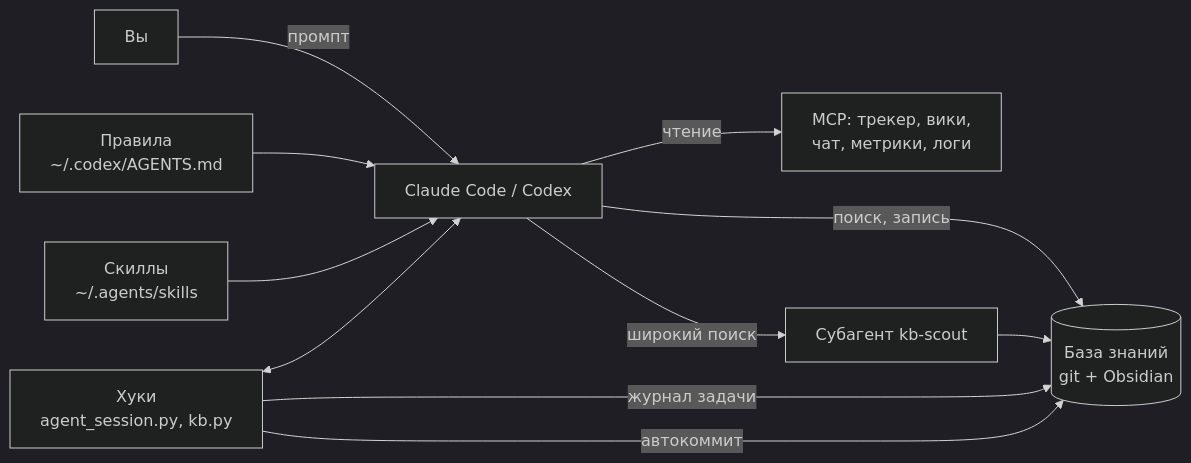
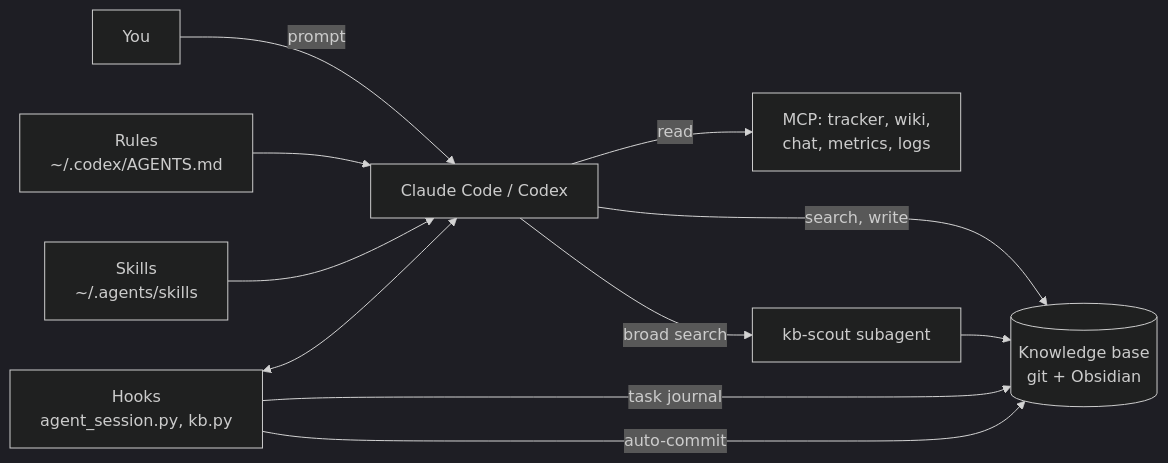
The diagram in docs/concepts.md (itrunov86/ops-agent-harness), drawn with Mermaid (dark theme) before and after one commit. The commit also changed other lines of this file and 61 other files, not shown here.

````diff
--- a/docs/concepts.md
+++ b/docs/concepts.md
@@ -7,13 +9,13 @@
 ```mermaid
 flowchart LR
-    U[Вы] -->|промпт| A[Claude Code / Codex]
-    R[Правила<br/>~/.codex/AGENTS.md] --> A
-    S[Скиллы<br/>~/.agents/skills] --> A
-    H[Хуки<br/>agent_session.py, kb.py] <--> A
-    A -->|чтение| M[MCP: трекер, вики,<br/>чат, метрики, логи]
-    A -->|поиск, запись| KB[(База знаний<br/>git + Obsidian)]
-    H -->|журнал задачи| KB
-    H -->|автокоммит| KB
-    A -->|широкий поиск| SC[Субагент kb-scout]
+    U[You] -->|prompt| A[Claude Code / Codex]
+    R[Rules<br/>~/.codex/AGENTS.md] --> A
+    S[Skills<br/>~/.agents/skills] --> A
+    H[Hooks<br/>agent_session.py, kb.py] <--> A
+    A -->|read| M[MCP: tracker, wiki,<br/>chat, metrics, logs]
+    A -->|search, write| KB[(Knowledge base<br/>git + Obsidian)]
+    H -->|task journal| KB
+    H -->|auto-commit| KB
+    A -->|broad search| SC[kb-scout subagent]
     SC --> KB
 ```
````
